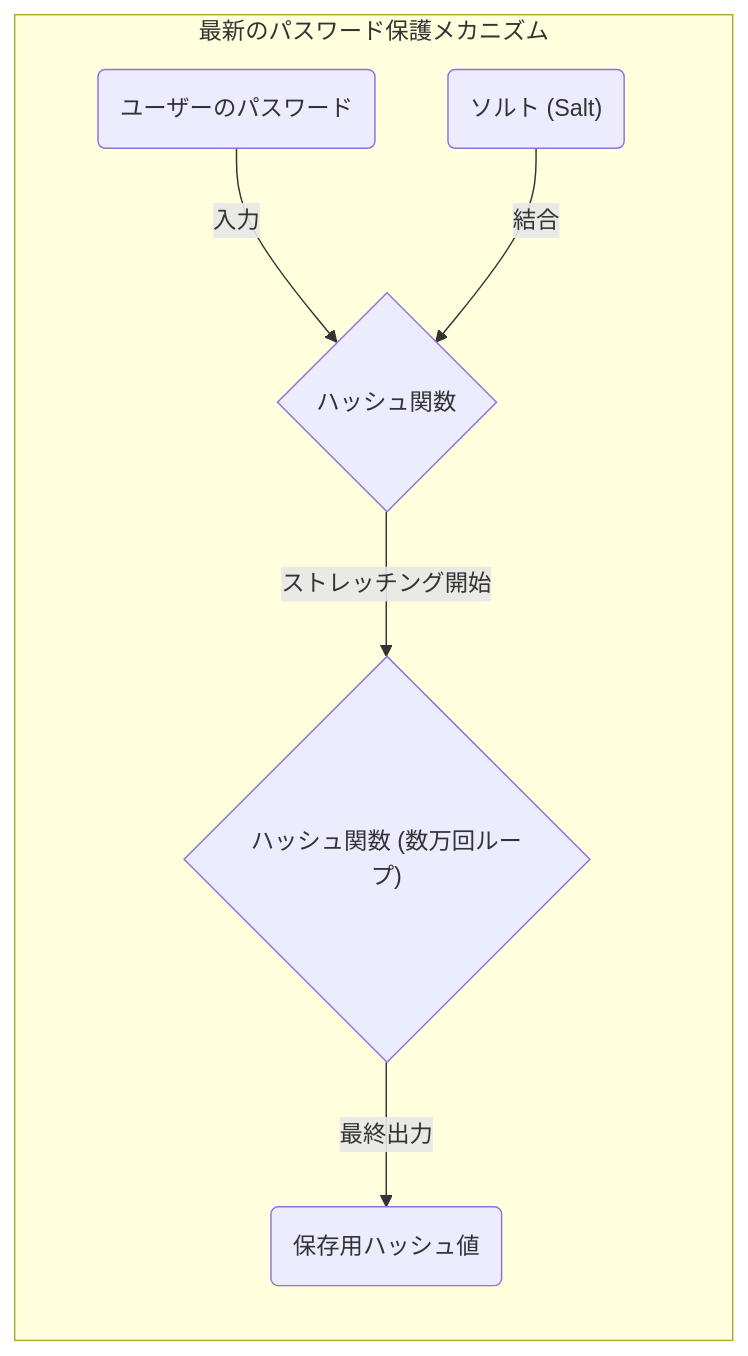
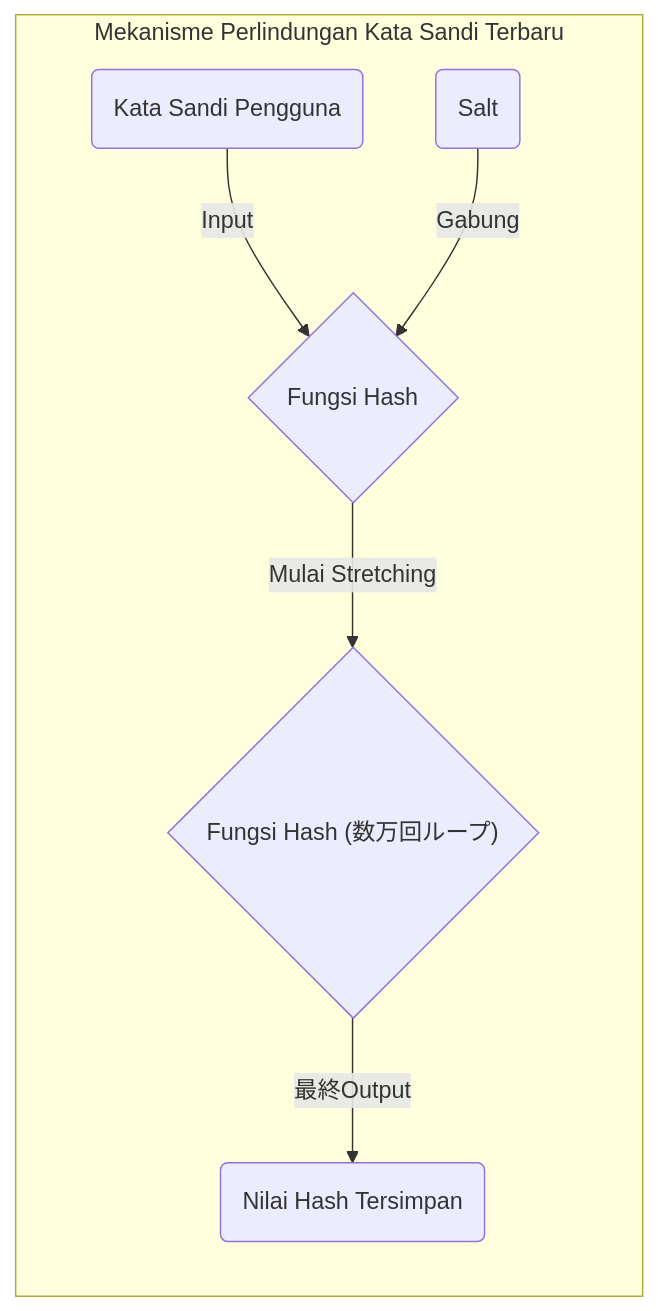
The third of 3 diagrams in content/post/pigeonhole-principle-hash-collision/index.id.md (kenjinote/blog), drawn with Mermaid before and after one commit. The commit also changed other lines of this file and 28 other files, not shown here.

Commit message:
Translate Japanese text inside Mermaid diagrams to respective languages

````diff
--- a/content/post/pigeonhole-principle-hash-collision/index.id.md
+++ b/content/post/pigeonhole-principle-hash-collision/index.id.md
@@ -203,15 +203,15 @@
 ```mermaid
 graph LR
-    subgraph "最新のパスワード保護メカニズム"
-        P("ユーザーのパスワード")
-        S("ソルト (Salt)")
-        H1{"ハッシュ関数"}
-        H2{"ハッシュ関数 (数万回ループ)"}
-        R("保存用ハッシュ値")
+    subgraph "Mekanisme Perlindungan Kata Sandi Terbaru"
+        P("Kata Sandi Pengguna")
+        S("Salt")
+        H1{"Fungsi Hash"}
+        H2{"Fungsi Hash (数万回ループ)"}
+        R("Nilai Hash Tersimpan")
     end
 
-    P -->|"入力"| H1
-    S -->|"結合"| H1
-    H1 -->|"ストレッチング開始"| H2
-    H2 -->|"最終出力"| R
+    P -->|"Input"| H1
+    S -->|"Gabung"| H1
+    H1 -->|"Mulai Stretching"| H2
+    H2 -->|"最終Output"| R
 ```
````
